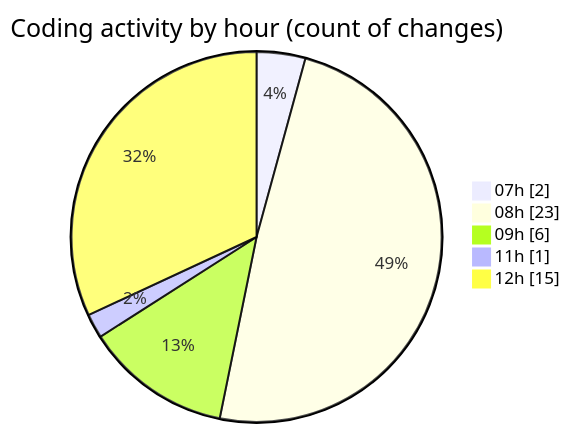
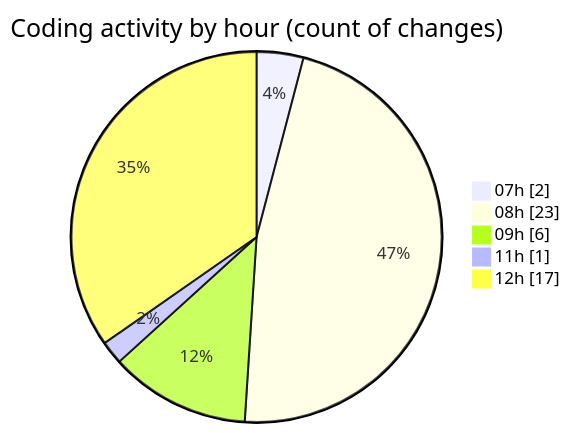
The second of 2 diagrams in 2025-01-09/nueva_carpeta/README.md (LanceThiago/code-tracking), drawn with Mermaid before and after one commit. The commit also changed other lines of this file and 1 other file, not shown here.

````diff
--- a/2025-01-09/nueva_carpeta/README.md
+++ b/2025-01-09/nueva_carpeta/README.md
@@ -28,9 +28,9 @@
 ```mermaid
 pie showData
 title Coding activity by hour (count of changes)
 "07h" : 2
 "08h" : 23
 "09h" : 6
 "11h" : 1
-"12h" : 15
+"12h" : 17
 ```
````
